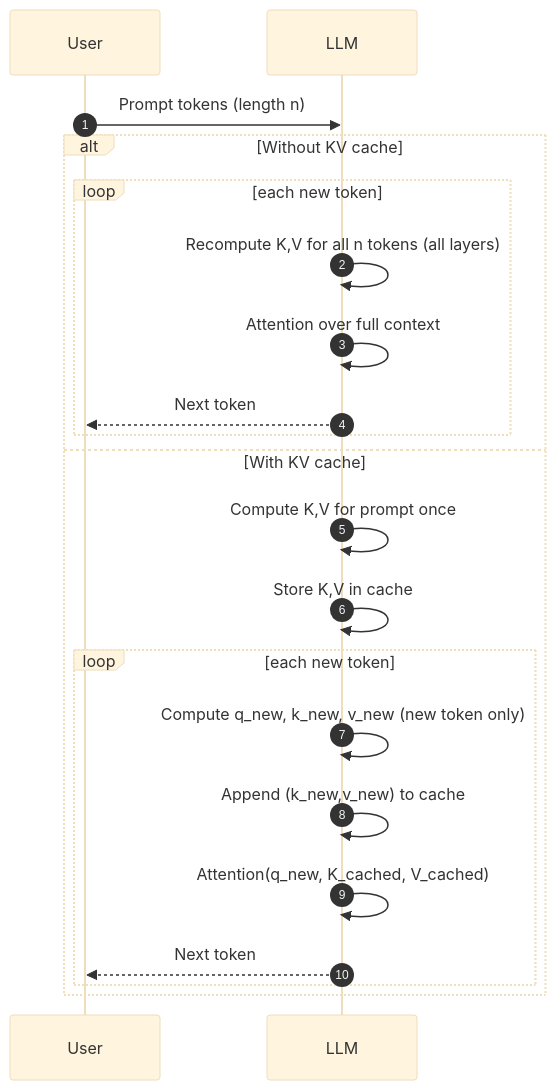
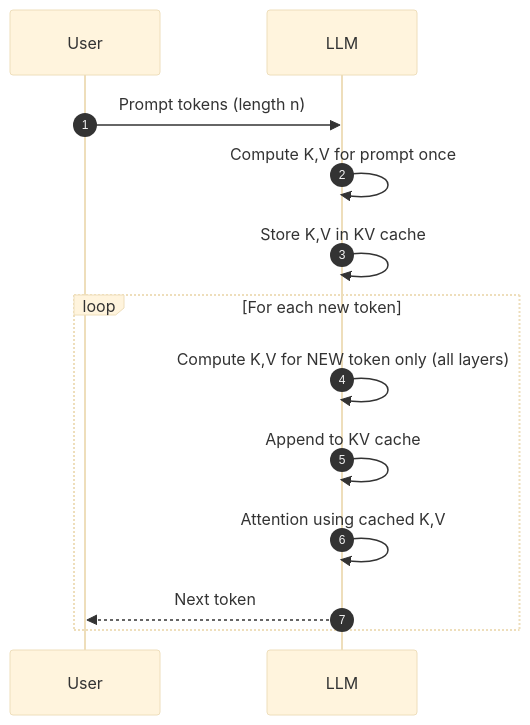
The second of 6 diagrams in ai-eng/inference-serving/kv_cache_deep_dive.md (snowch/snowch.github.io), drawn with Mermaid (base theme) before and after one commit. The commit also changed other lines of this file, not shown here.

````diff
--- a/ai-eng/inference-serving/kv_cache_deep_dive.md
+++ b/ai-eng/inference-serving/kv_cache_deep_dive.md
@@ -44,25 +52,17 @@
-```mermaid
+```{mermaid}
 sequenceDiagram
   autonumber
   participant U as User
   participant M as LLM
 
   U->>M: Prompt tokens (length n)
+  M->>M: Compute K,V for prompt once
+  M->>M: Store K,V in KV cache
 
-  alt Without KV cache
-    loop each new token
-      M->>M: Recompute K,V for all n tokens (all layers)
-      M->>M: Attention over full context
-      M-->>U: Next token
-    end
-  else With KV cache
-    M->>M: Compute K,V for prompt once
-    M->>M: Store K,V in cache
-    loop each new token
-      M->>M: Compute q_new, k_new, v_new (new token only)
-      M->>M: Append (k_new,v_new) to cache
-      M->>M: Attention(q_new, K_cached, V_cached)
-      M-->>U: Next token
-    end
+  loop For each new token
+    M->>M: Compute K,V for NEW token only (all layers)
+    M->>M: Append to KV cache
+    M->>M: Attention using cached K,V
+    M-->>U: Next token
   end
 ```
````
